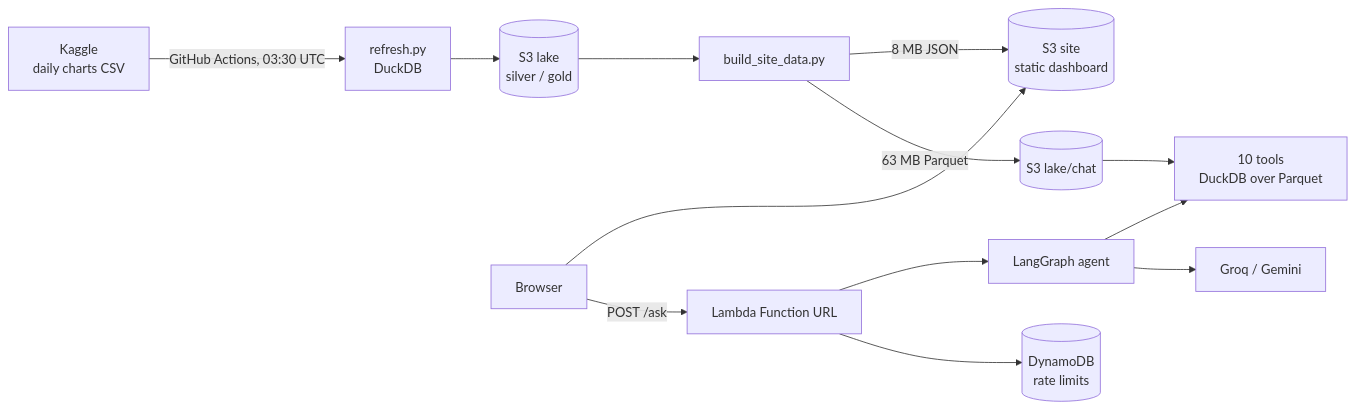
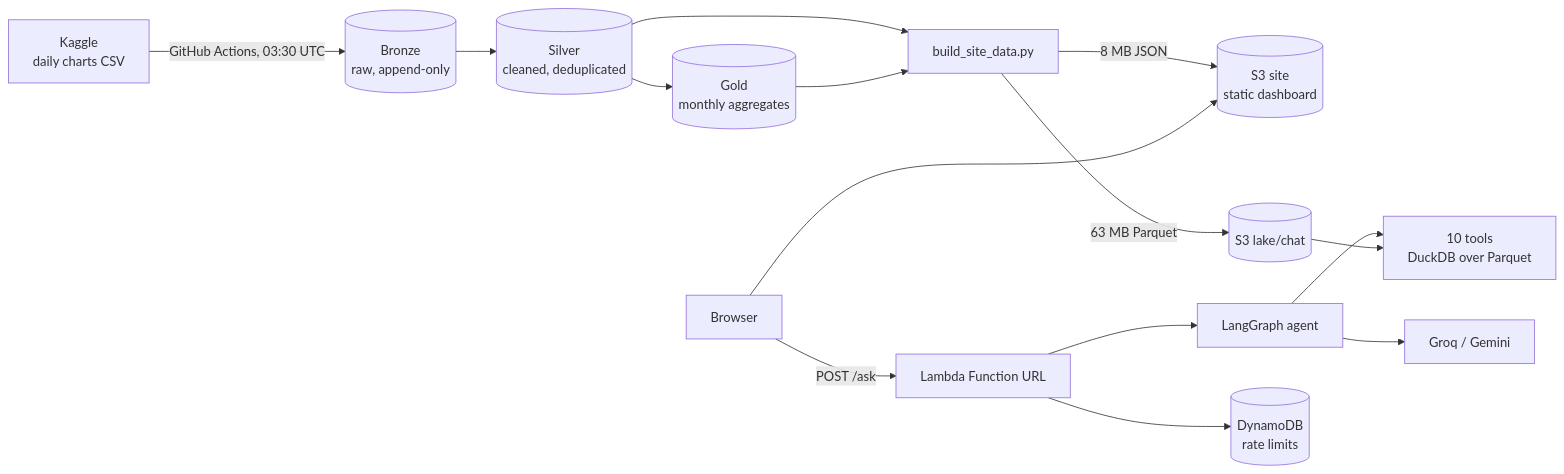
Before and after one commit to tyxgx/streampulse: the diagram in README.md, drawn with Mermaid. The commit also changed other lines of this file and 14 other files, not shown here.

Commit message:
docs + wording: medallion architecture documented; India is 'no stream counts' (ranks continue), not 'chart stopped'; eval separates unavailable from wrong

````diff
--- a/README.md
+++ b/README.md
@@ -21,15 +21,17 @@
 ```mermaid
 flowchart LR
-  K[Kaggle<br/>daily charts CSV] -->|GitHub Actions, 03:30 UTC| R[refresh.py<br/>DuckDB]
-  R --> L[(S3 lake<br/>silver / gold)]
-  L --> B[build_site_data.py]
+  K[Kaggle<br/>daily charts CSV] -->|GitHub Actions, 03:30 UTC| BR[(Bronze<br/>raw, append-only)]
+  BR --> SI[(Silver<br/>cleaned, deduplicated)]
+  SI --> GO[(Gold<br/>monthly aggregates)]
+  SI --> B[build_site_data.py]
+  GO --> B
   B -->|8 MB JSON| S[(S3 site<br/>static dashboard)]
   B -->|63 MB Parquet| C[(S3 lake/chat)]
   U[Browser] --> S
   U -->|POST /ask| F[Lambda Function URL]
   F --> A[LangGraph agent]
   A --> T[10 tools<br/>DuckDB over Parquet]
   C --> T
   A --> M[Groq / Gemini]
   F --> D[(DynamoDB<br/>rate limits)]
 ```
````
